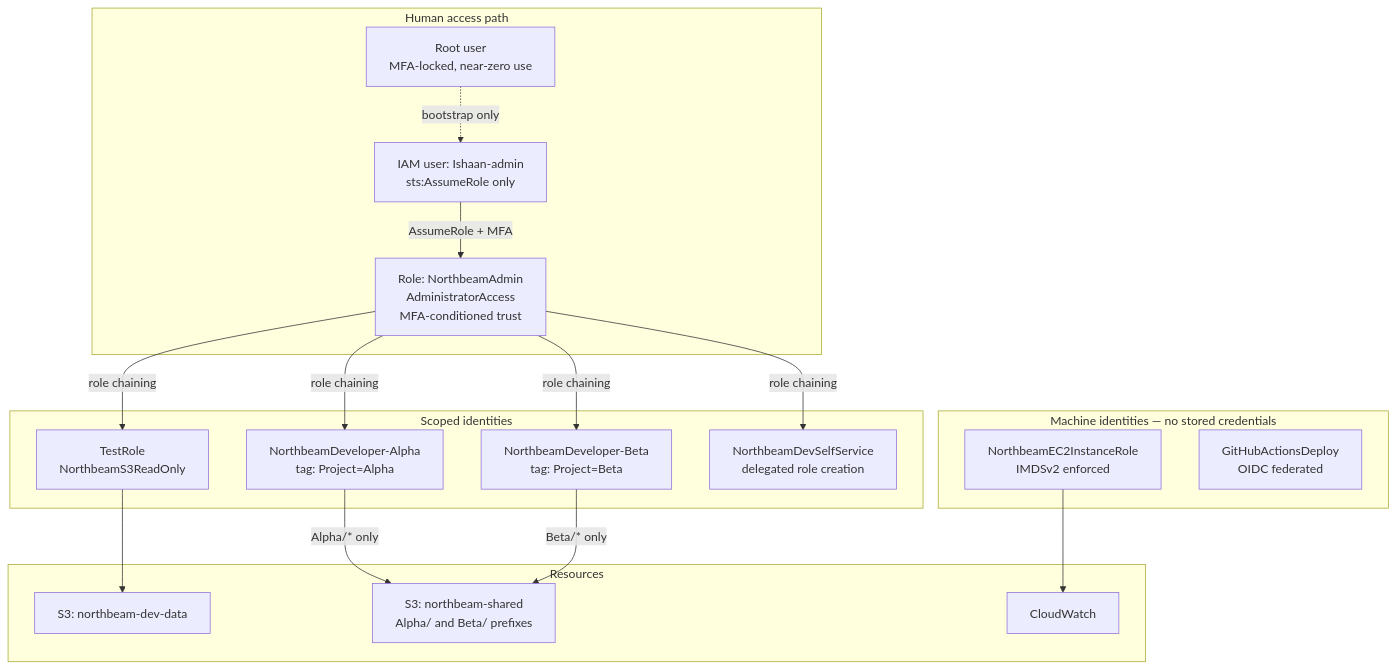
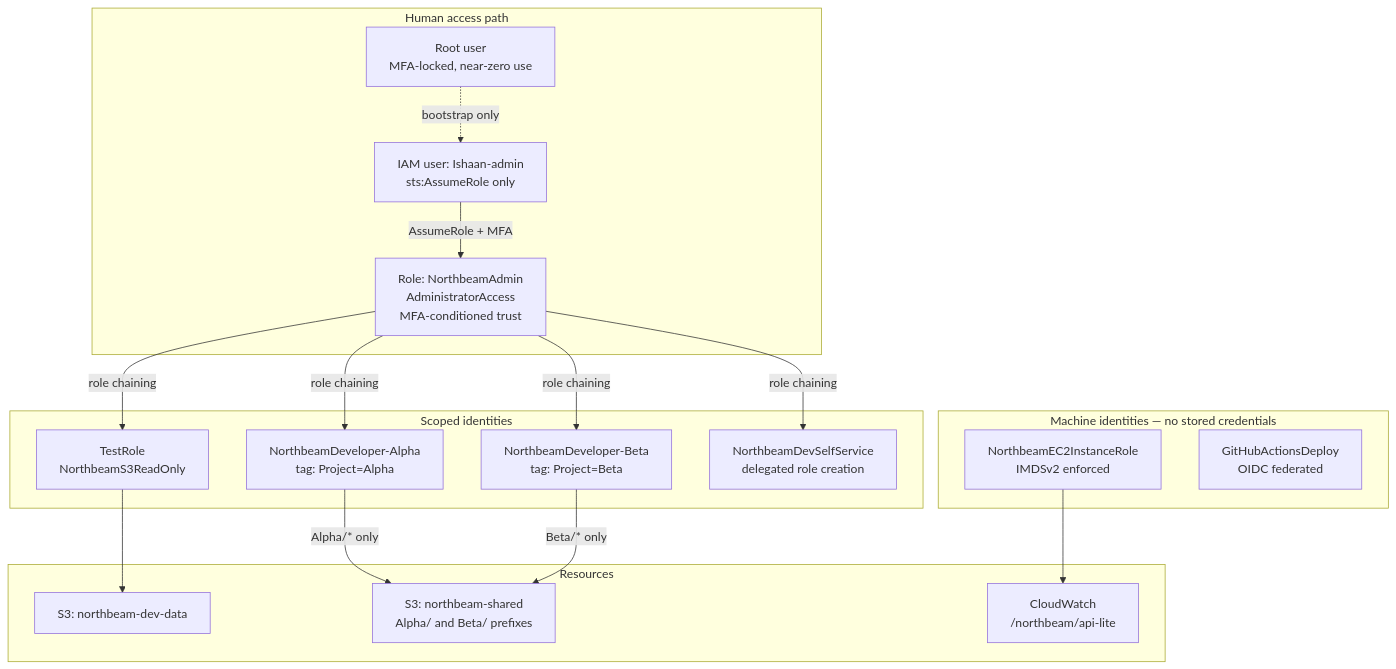
One commit to Ishaan-03/northbeam-lite changed the first of 8 diagrams in ARCHITECTURE.md. Above: the diagram before and after it, drawn with Mermaid.

Commit message:
Fix formatting issue in CloudWatch resource link

````diff
--- a/ARCHITECTURE.md
+++ b/ARCHITECTURE.md
@@ -7,37 +7,37 @@
 ```mermaid
 graph TB
     subgraph human["Human access path"]
         ROOT["Root user<br/>MFA-locked, near-zero use"]
         USER["IAM user: Ishaan-admin<br/>sts:AssumeRole only"]
         ADMIN["Role: NorthbeamAdmin<br/>AdministratorAccess<br/>MFA-conditioned trust"]
     end
 
     subgraph scoped["Scoped identities"]
         TEST["TestRole<br/>NorthbeamS3ReadOnly"]
         ALPHA["NorthbeamDeveloper-Alpha<br/>tag: Project=Alpha"]
         BETA["NorthbeamDeveloper-Beta<br/>tag: Project=Beta"]
         SELF["NorthbeamDevSelfService<br/>delegated role creation"]
     end
 
     subgraph machine["Machine identities — no stored credentials"]
         EC2["NorthbeamEC2InstanceRole<br/>IMDSv2 enforced"]
         OIDC["GitHubActionsDeploy<br/>OIDC federated"]
     end
 
     subgraph data["Resources"]
         B1["S3: northbeam-dev-data"]
         B2["S3: northbeam-shared<br/>Alpha/ and Beta/ prefixes"]
-        LOGS["CloudWatch<br//northbeam/api-lite"]
+        LOGS["CloudWatch<br/>/northbeam/api-lite"]
     end
 
     ROOT -.->|bootstrap only| USER
     USER -->|AssumeRole + MFA| ADMIN
     ADMIN -->|role chaining| TEST
     ADMIN -->|role chaining| ALPHA
     ADMIN -->|role chaining| BETA
     ADMIN -->|role chaining| SELF
     TEST --> B1
     ALPHA -->|Alpha/* only| B2
     BETA -->|Beta/* only| B2
     EC2 --> LOGS
 ```
````
